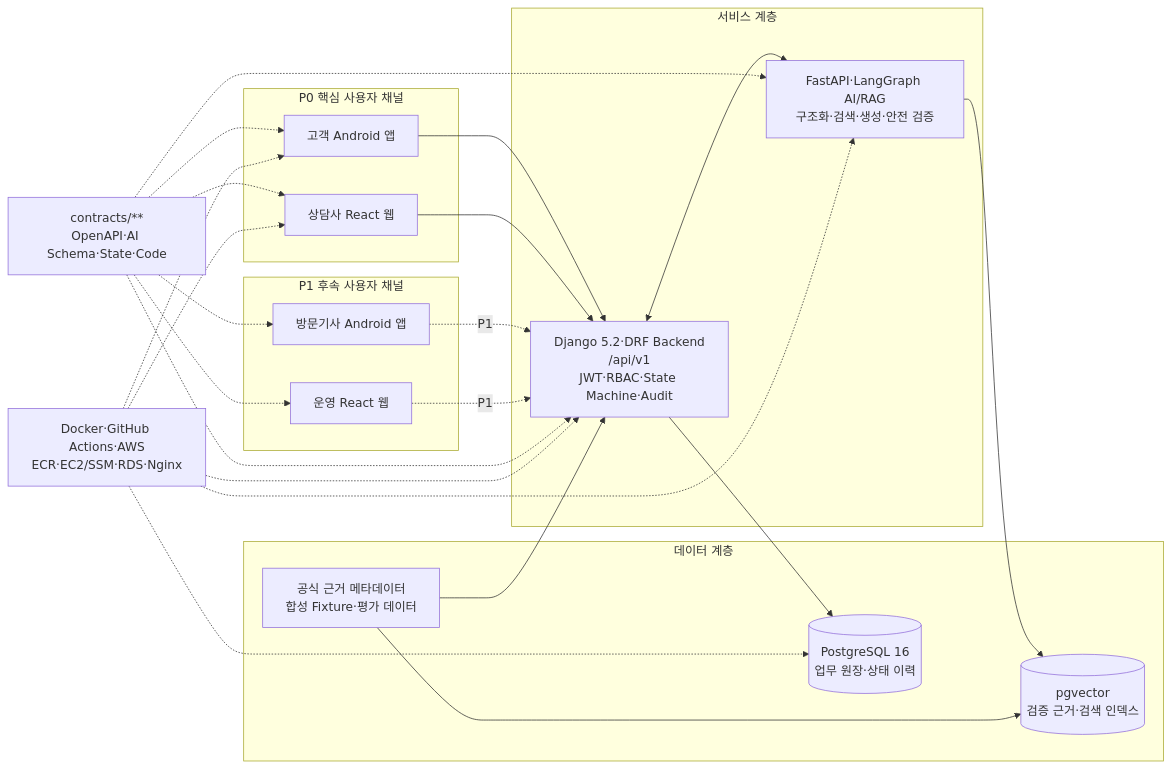
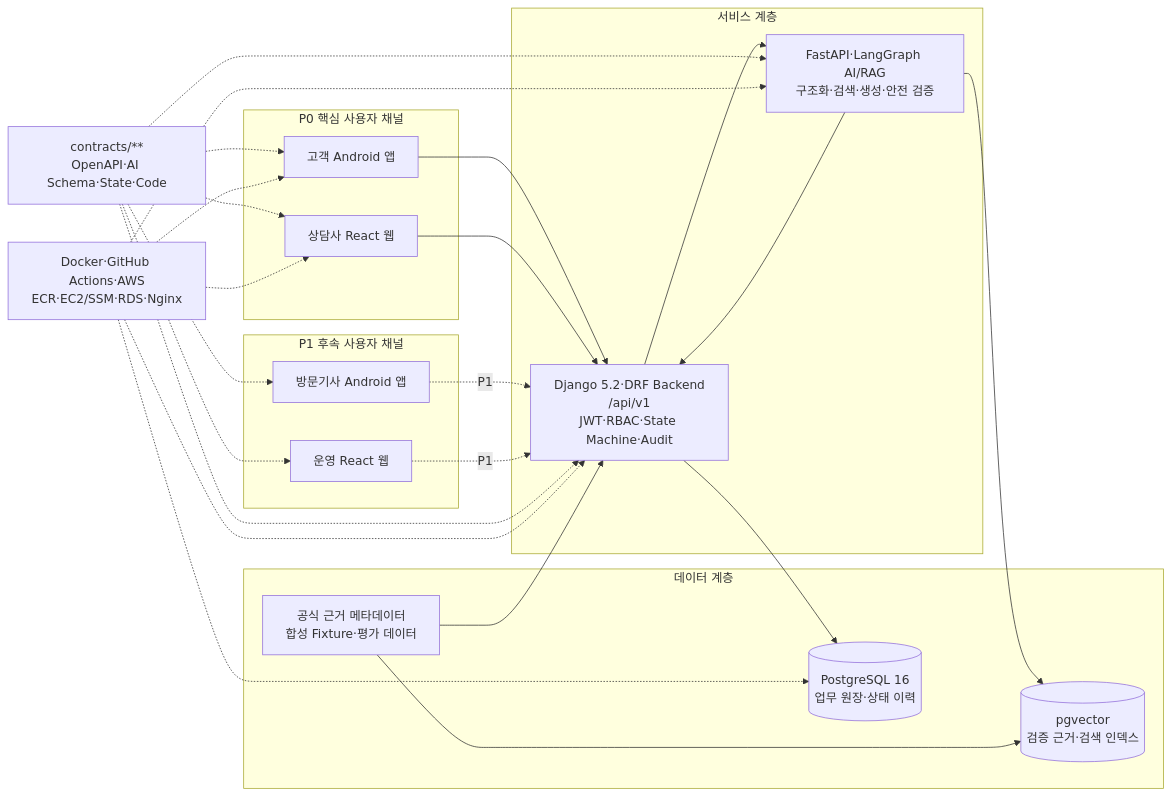
Before and after one commit to SKNETWORKS-FAMILY-AICAMP/SKN29-FINAL-4TEAM: the second of 2 diagrams in README.md, drawn with Mermaid. The commit also changed other lines of this file, not shown here.

Commit message:
2026-09-02 | README 가독성 및 Mermaid 렌더링 수정

````diff
--- a/README.md
+++ b/README.md
@@ -166,48 +171,49 @@
 ```mermaid
 flowchart LR
     subgraph P0_CHANNELS["P0 핵심 사용자 채널"]
         CUSTOMER_APP["고객 Android 앱"]
         CONSULTANT_WEB["상담사 React 웹"]
     end
 
     subgraph P1_CHANNELS["P1 후속 사용자 채널"]
         TECH_APP["방문기사 Android 앱"]
         OPERATOR_WEB["운영 React 웹"]
     end
 
     subgraph SERVICES["서비스 계층"]
         BACKEND["Django 5.2·DRF Backend<br/>/api/v1<br/>JWT·RBAC·State Machine·Audit"]
         AI["FastAPI·LangGraph AI/RAG<br/>구조화·검색·생성·안전 검증"]
     end
 
     subgraph STORAGE["데이터 계층"]
         BUSINESS_DB[("PostgreSQL 16<br/>업무 원장·상태 이력")]
         VECTOR_DB[("pgvector<br/>검증 근거·검색 인덱스")]
         DATA["공식 근거 메타데이터<br/>합성 Fixture·평가 데이터"]
     end
 
     CONTRACTS["contracts/**<br/>OpenAPI·AI Schema·State·Code"]
     DELIVERY["Docker·GitHub Actions·AWS<br/>ECR·EC2/SSM·RDS·Nginx"]
 
     CUSTOMER_APP --> BACKEND
     CONSULTANT_WEB --> BACKEND
-    TECH_APP -. "P1" .-> BACKEND
-    OPERATOR_WEB -. "P1" .-> BACKEND
-    BACKEND <--> AI
+    TECH_APP -.->|P1| BACKEND
+    OPERATOR_WEB -.->|P1| BACKEND
+    BACKEND --> AI
+    AI --> BACKEND
     BACKEND --> BUSINESS_DB
     AI --> VECTOR_DB
     DATA --> VECTOR_DB
     DATA --> BACKEND
 
     CONTRACTS -.-> CUSTOMER_APP
     CONTRACTS -.-> CONSULTANT_WEB
     CONTRACTS -.-> TECH_APP
     CONTRACTS -.-> OPERATOR_WEB
     CONTRACTS -.-> BACKEND
     CONTRACTS -.-> AI
     DELIVERY -.-> CUSTOMER_APP
     DELIVERY -.-> CONSULTANT_WEB
     DELIVERY -.-> BACKEND
     DELIVERY -.-> AI
     DELIVERY -.-> BUSINESS_DB
 ```
````
